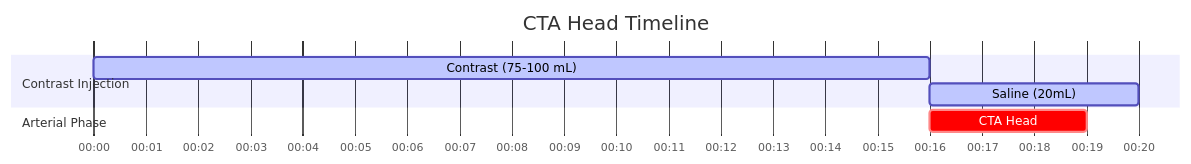
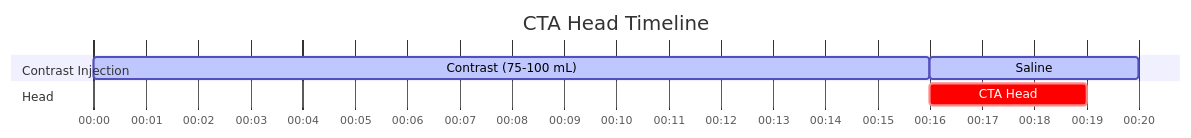
One commit to dfergs93/radiology-protocols changed the diagram in docs/ct/neuro/cta-head.md. Above: the diagram before and after it, drawn with Mermaid. The commit also changed other lines of this file and 101 other files, not shown here.

````diff
--- a/docs/ct/neuro/cta-head.md
+++ b/docs/ct/neuro/cta-head.md
@@ -85,16 +86,18 @@
   ```mermaid
   ---
+  displayMode: compact
   config:
     theme: default
+    themeCSS: " #Saline{ fill: #4ed5ff; stroke: #2094f3; } "
   ---
     gantt
       title CTA Head Timeline
       dateFormat mm:ss
       axisFormat %M:%S 
       
       section Contrast Injection
       Contrast (75-100 mL)    :active, contrast, 00:00, 16s
-      Saline (20mL)          :active, saline, after contrast, 4s
-      section Arterial Phase
+      Saline          :active, saline, after contrast, 4s
+      section Head
       CTA Head    :crit, scan1, after contrast, 3s
   ```
````
